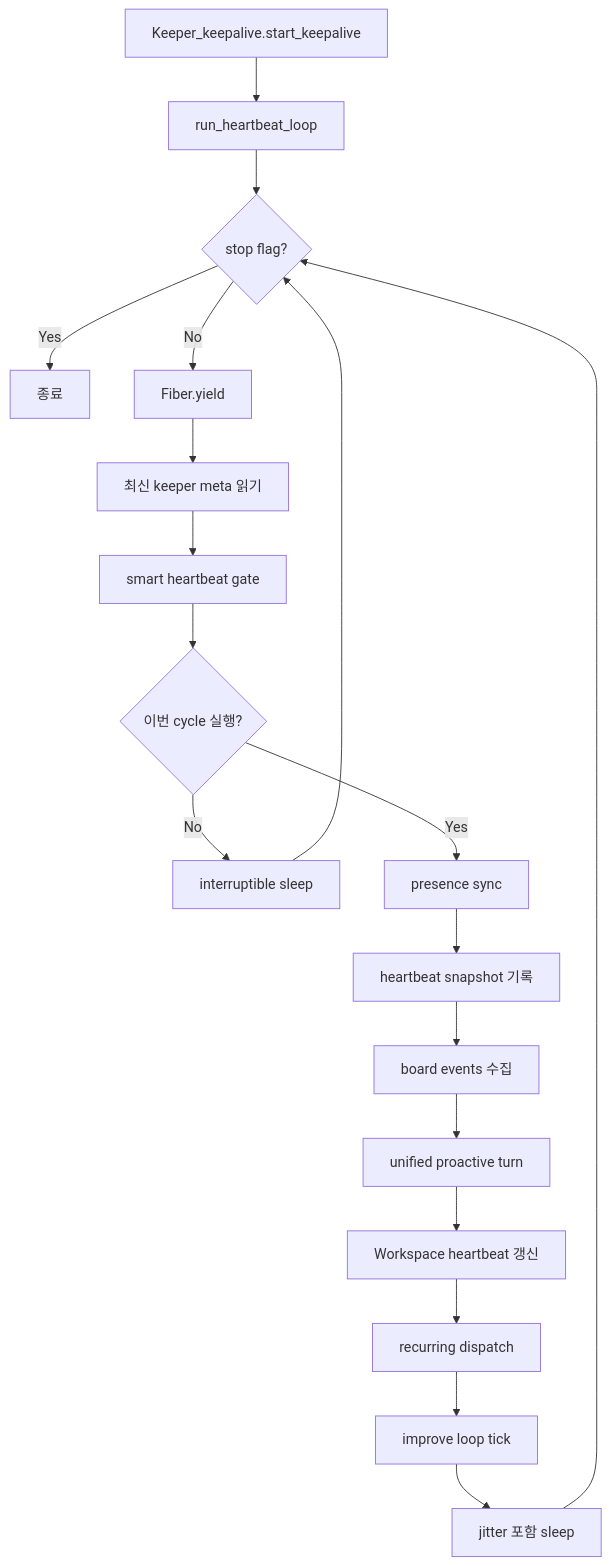
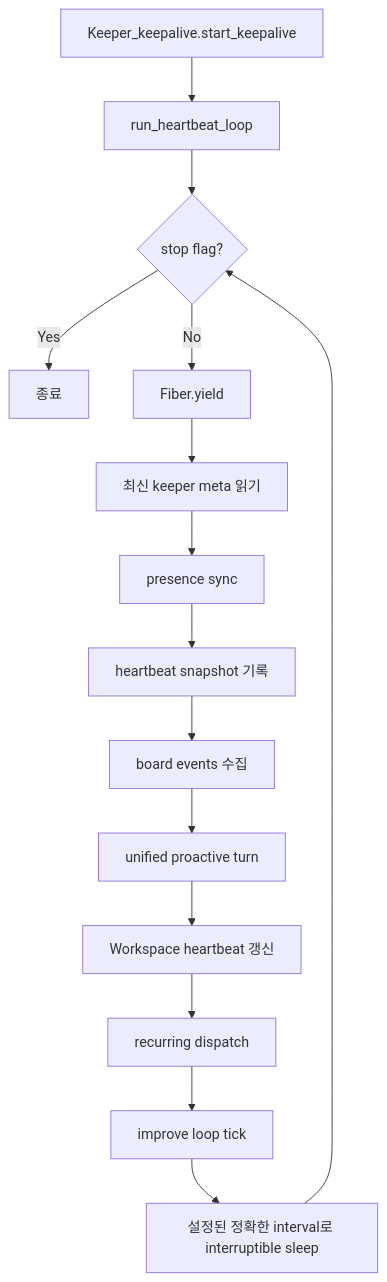
The second of 2 diagrams in docs/QUICK-START.md (jeong-sik/masc), drawn with Mermaid before and after one commit. The commit also changed other lines of this file and 2425 other files, not shown here.

````diff
--- a/docs/QUICK-START.md
+++ b/docs/QUICK-START.md
@@ -106,21 +106,17 @@
 ```mermaid
 flowchart TD
     A["Keeper_keepalive.start_keepalive"] --> B["run_heartbeat_loop"]
     B --> C{"stop flag?"}
     C -- Yes --> Z["종료"]
     C -- No --> D["Fiber.yield"]
     D --> E["최신 keeper meta 읽기"]
-    E --> F["smart heartbeat gate"]
-    F --> G{"이번 cycle 실행?"}
-    G -- No --> H["interruptible sleep"]
-    H --> C
-    G -- Yes --> I["presence sync"]
+    E --> I["presence sync"]
     I --> J["heartbeat snapshot 기록"]
     J --> K["board events 수집"]
     K --> L["unified proactive turn"]
     L --> M["Workspace heartbeat 갱신"]
     M --> N["recurring dispatch"]
     N --> O["improve loop tick"]
-    O --> P["jitter 포함 sleep"]
+    O --> P["설정된 정확한 interval로 interruptible sleep"]
     P --> C
 ```
````
